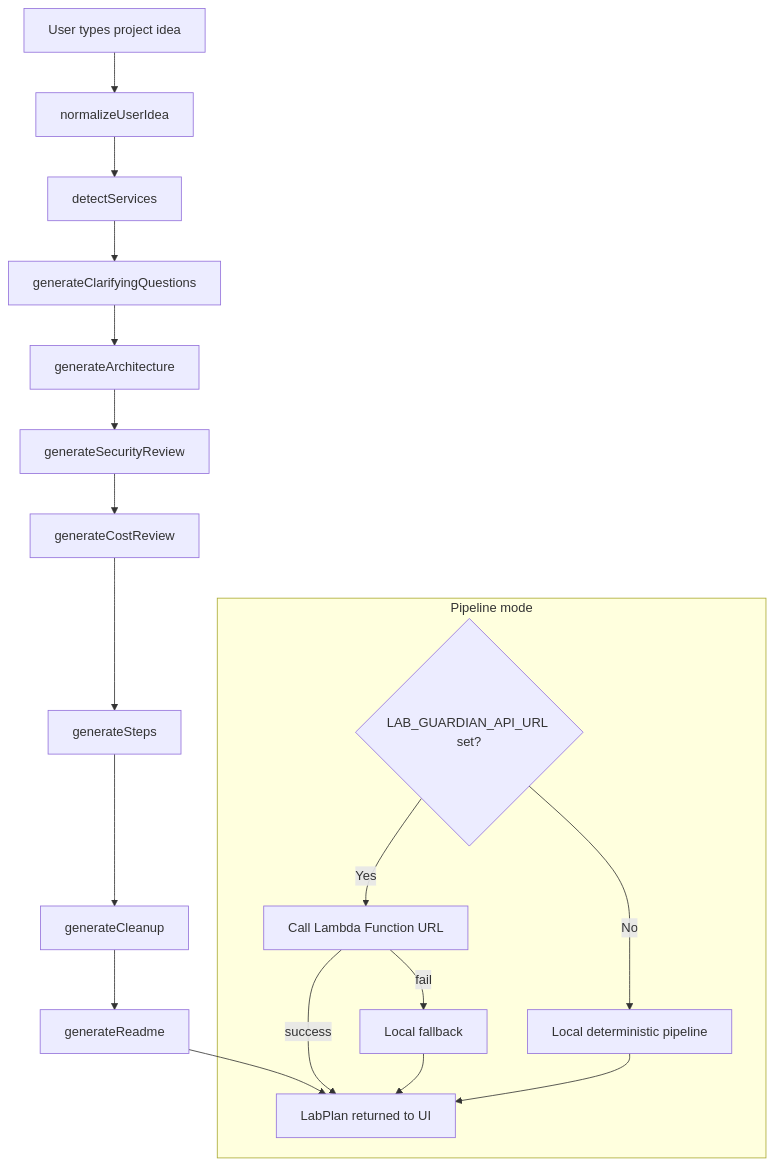
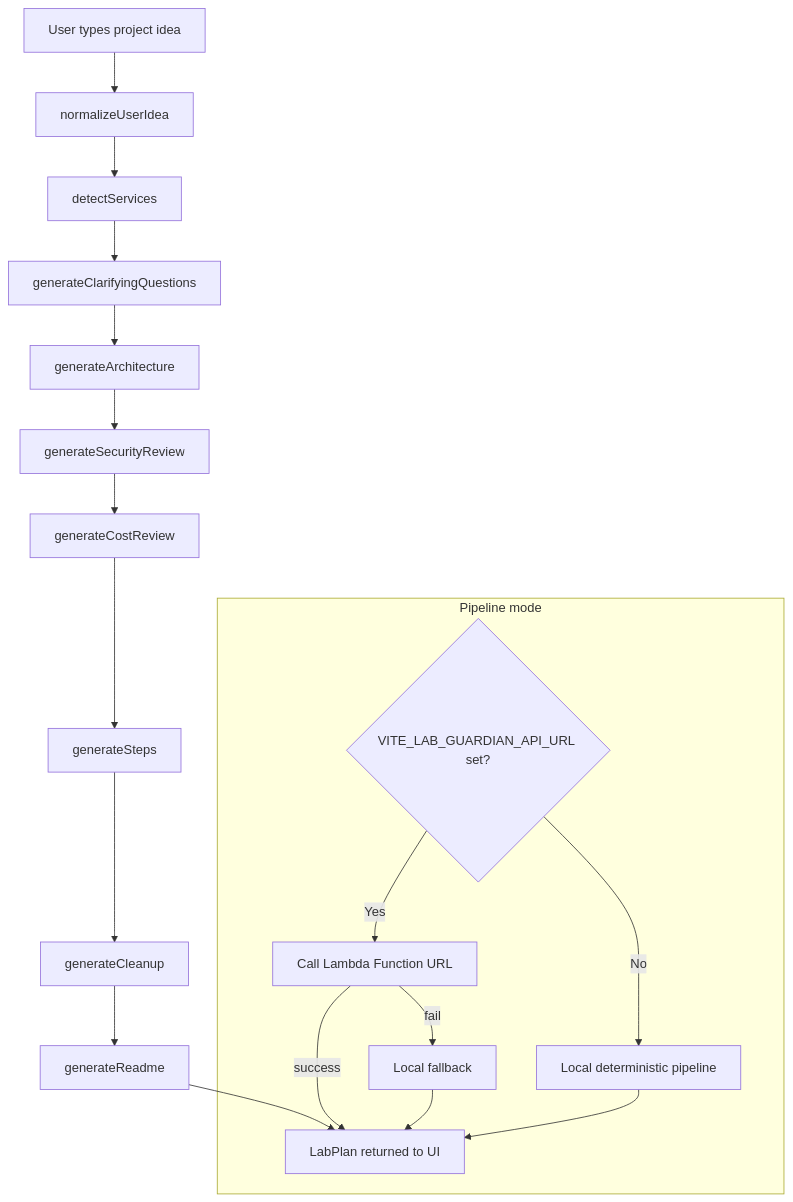
One commit to axbh25/Cloud-Lab-Guardian changed the diagram in artifacts/cloud-lab-guardian/README.md. Above: the diagram before and after it, drawn with Mermaid. The commit also changed other lines of this file and 15 other files, not shown here.

````diff
--- a/artifacts/cloud-lab-guardian/README.md
+++ b/artifacts/cloud-lab-guardian/README.md
@@ -61,23 +61,23 @@
 ```mermaid
 flowchart TD
     A[User types project idea] --> B[normalizeUserIdea]
     B --> C[detectServices]
     C --> D[generateClarifyingQuestions]
     D --> E[generateArchitecture]
     E --> F[generateSecurityReview]
     F --> G[generateCostReview]
     G --> H[generateSteps]
     H --> I[generateCleanup]
     I --> J[generateReadme]
     J --> K[LabPlan returned to UI]
 
     subgraph Pipeline mode
-        L{LAB_GUARDIAN_API_URL set?}
+        L{VITE_LAB_GUARDIAN_API_URL set?}
         L -- Yes --> M[Call Lambda Function URL]
         M -- success --> K
         M -- fail --> N[Local fallback]
         N --> K
         L -- No --> O[Local deterministic pipeline]
         O --> K
     end
 ```
````
